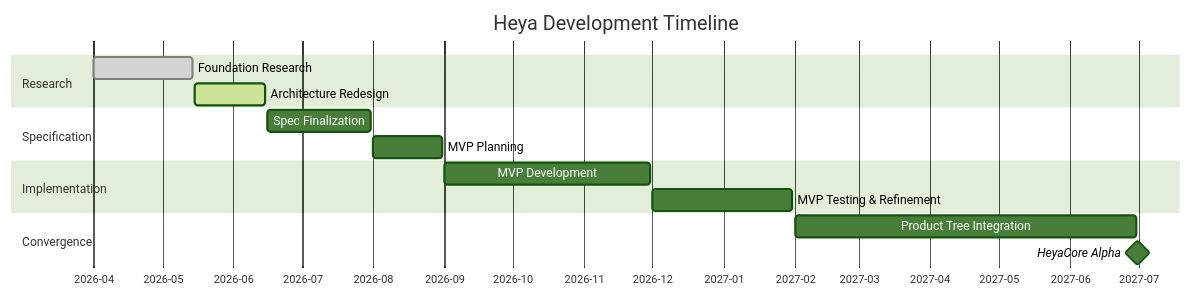
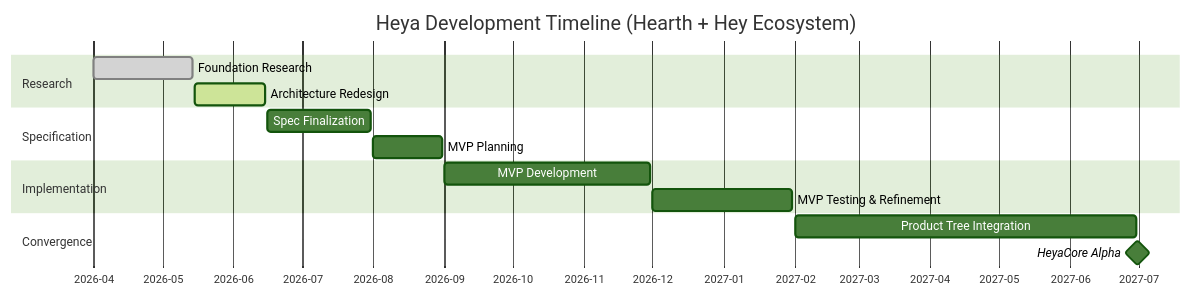
The second of 2 diagrams in ROADMAP.md (zbbsdsb/HeyaLab), drawn with Mermaid (forest theme) before and after one commit. The commit also changed other lines of this file and 12 other files, not shown here.

First line of the commit message:
docs: shift paradigm from AI Factory to Hearth+Hey ecosystem

````diff
--- a/ROADMAP.md
+++ b/ROADMAP.md
@@ -187,22 +188,22 @@
 ```mermaid
 gantt
-    title Heya Development Timeline
+    title Heya Development Timeline (Hearth + Hey Ecosystem)
     dateFormat  YYYY-MM-DD
     axisFormat  %Y-%m
 
     section Research
     Foundation Research      :done, 2026-04-01, 2026-05-14
     Architecture Redesign    :active, 2026-05-15, 2026-06-15
 
     section Specification
     Spec Finalization        :2026-06-16, 2026-07-31
     MVP Planning             :2026-08-01, 2026-08-31
 
     section Implementation
     MVP Development          :2026-09-01, 2026-11-30
     MVP Testing & Refinement :2026-12-01, 2027-01-31
 
     section Convergence
     Product Tree Integration :2027-02-01, 2027-06-30
     HeyaCore Alpha          :milestone, 2027-07-01
 ```
````
